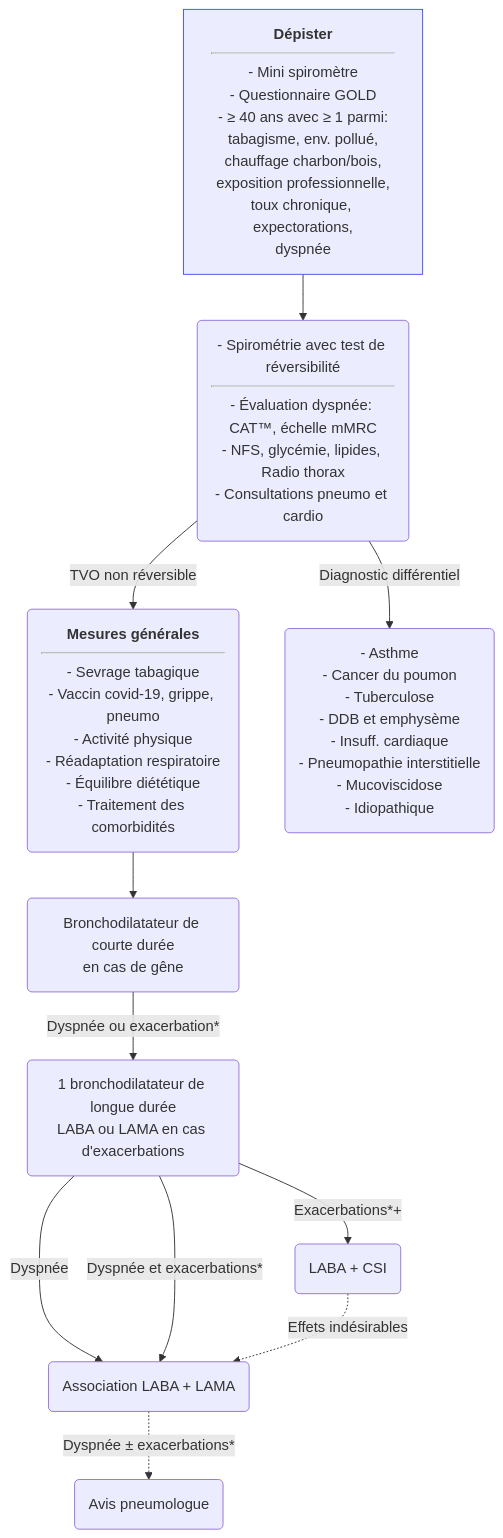
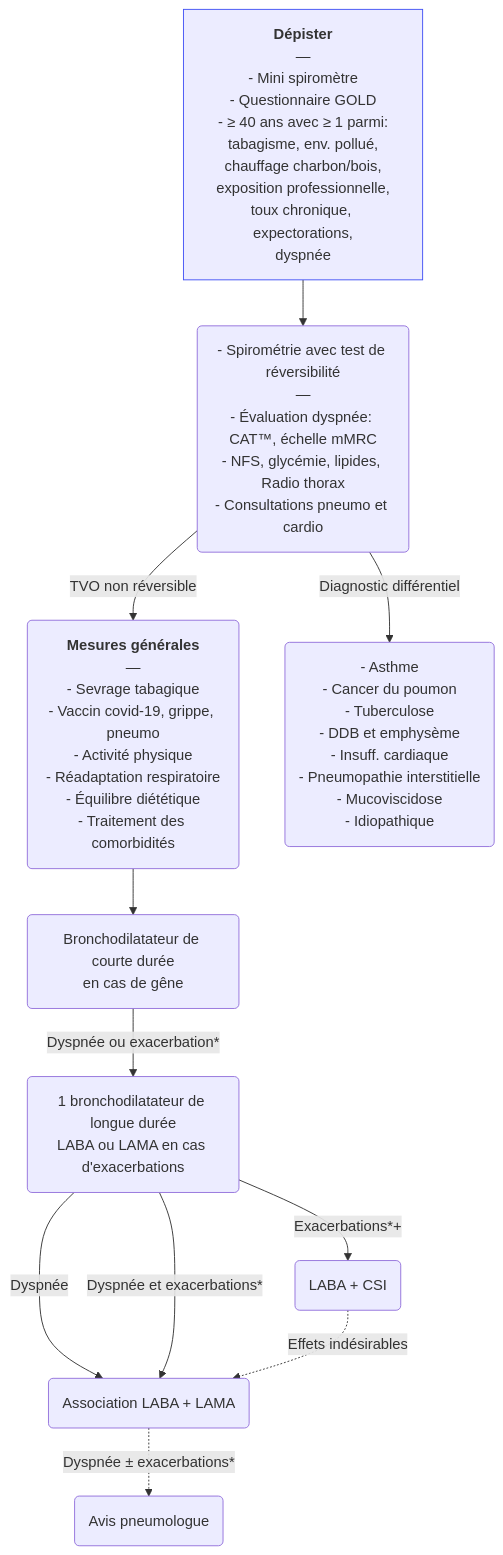
Before and after one commit to djibe/recommandations-medicales: the diagram in content/recommandations/bronchopneumopathie-chronique-obstructive.md, drawn with Mermaid. The commit also changed 51 other files, not shown here.

```diff
--- a/content/recommandations/bronchopneumopathie-chronique-obstructive.md
+++ b/content/recommandations/bronchopneumopathie-chronique-obstructive.md
@@ -566,16 +566,16 @@
 {{< mermaid title="Prise en charge de la BPCO, diagnostique et thérapeutique. Dr JB Fron d'après SPLF, ERS et GOLD 2022" >}}
 graph TB
 accTitle: Prise en charge de la BPCO (bronchopneumopathie chronique obstructive) d'après SPLF, ERS et GOLD 2022
-  depister["<strong>Dépister</strong><hr>- Mini spiromètre<br>- Questionnaire GOLD<br>- ≥ 40 ans avec ≥ 1 parmi:<br>tabagisme, env. pollué,<br>chauffage charbon/bois,<br>exposition professionnelle,<br>toux chronique, expectorations,<br>dyspnée"]
+  depister["<strong>Dépister</strong><br>—<br>- Mini spiromètre<br>- Questionnaire GOLD<br>- ≥ 40 ans avec ≥ 1 parmi:<br>tabagisme, env. pollué,<br>chauffage charbon/bois,<br>exposition professionnelle,<br>toux chronique, expectorations,<br>dyspnée"]
   style depister stroke:#4150f5, stroke-width:1px
-    depister --> spirometrie("- Spirométrie avec test de réversibilité<hr>- Évaluation dyspnée: CAT&trade;, échelle mMRC<br>- NFS, glycémie, lipides, Radio thorax<br>- Consultations pneumo et cardio")
-      spirometrie -- TVO non réversible --> rhd("<strong>Mesures générales</strong><hr>- Sevrage tabagique<br>- Vaccin covid-19, grippe, pneumo<br>- Activité physique<br>- Réadaptation respiratoire<br>- Équilibre diététique<br>- Traitement des comorbidités")
+    depister --> spirometrie("- Spirométrie avec test de réversibilité<br>—<br>- Évaluation dyspnée: CAT&trade;, échelle mMRC<br>- NFS, glycémie, lipides, Radio thorax<br>- Consultations pneumo et cardio")
+      spirometrie -- TVO non réversible --> rhd("<strong>Mesures générales</strong><br>—<br>- Sevrage tabagique<br>- Vaccin covid-19, grippe, pneumo<br>- Activité physique<br>- Réadaptation respiratoire<br>- Équilibre diététique<br>- Traitement des comorbidités")
         rhd --> bdca("Bronchodilatateur de courte durée<br>en cas de gêne")
           bdca -- "Dyspnée ou exacerbation*" --> bdla("1 bronchodilatateur de longue durée<br>LABA ou LAMA en cas d'exacerbations")
             bdla -- Dyspnée --> bitherapie(Association LABA + LAMA)
               bitherapie -. "Dyspnée &plusmn; exacerbations*" .-> avis(Avis pneumologue)
             bdla -- "Dyspnée et exacerbations*" --> bitherapie
             bdla -- Exacerbations*+ --> csi(LABA + CSI)
               csi -. Effets indésirables .-> bitherapie
       spirometrie -- Diagnostic différentiel --> differentiel("- Asthme<br>- Cancer du poumon<br>- Tuberculose<br>- DDB et emphysème<br>- Insuff. cardiaque<br>- Pneumopathie interstitielle<br>- Mucoviscidose<br>- Idiopathique")
 {{< /mermaid >}}
```
